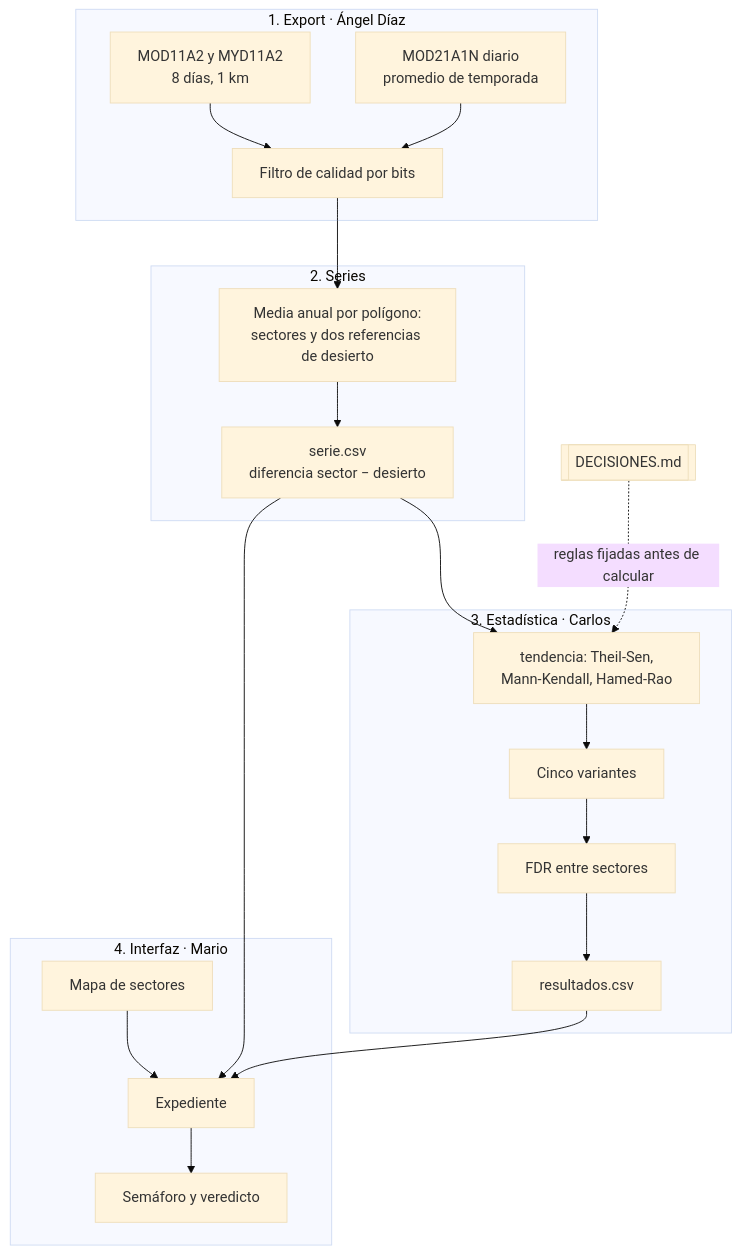
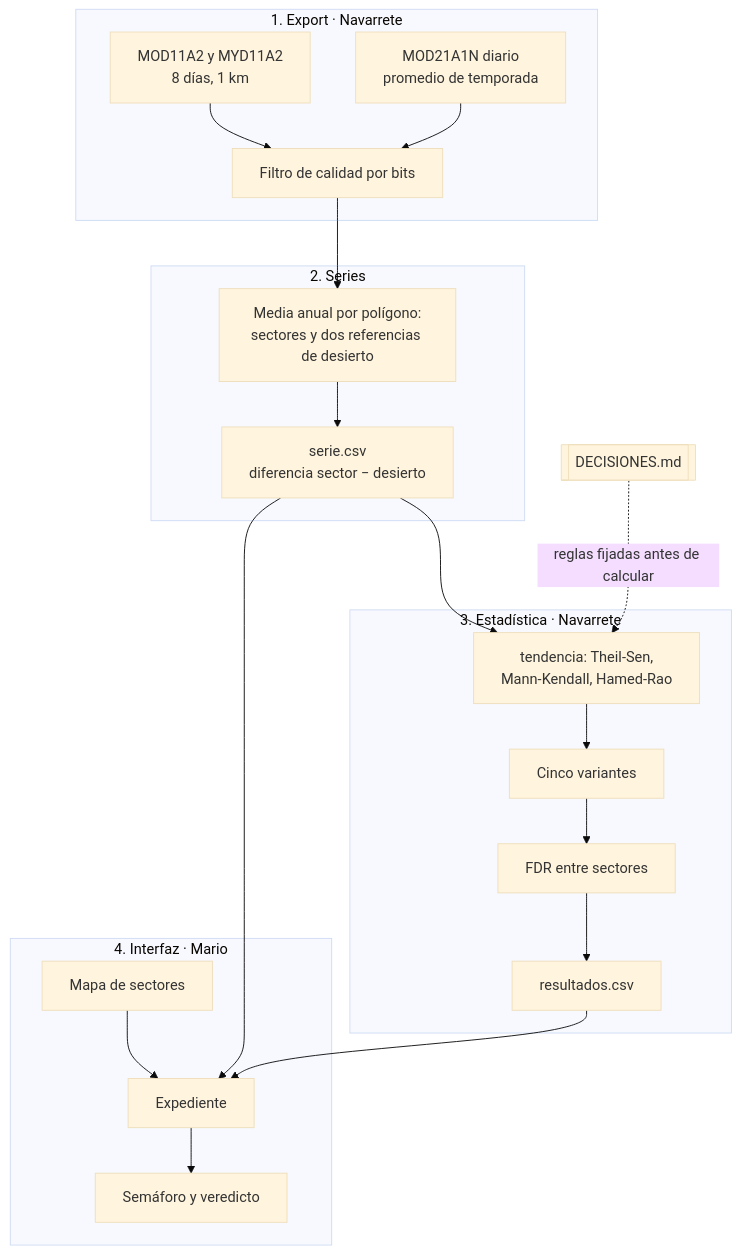
One commit to elproshaitron-stack/SunCity changed the fourth of 7 diagrams in docs/03-ARQUITECTURA.md. Above: the diagram before and after it, drawn with Mermaid (base theme). The commit also changed other lines of this file and 12 other files, not shown here.

````diff
--- a/docs/03-ARQUITECTURA.md
+++ b/docs/03-ARQUITECTURA.md
@@ -73,33 +73,33 @@
 ```mermaid
 flowchart TD
-    subgraph EX["1. Export · Ángel Díaz"]
+    subgraph EX["1. Export · Navarrete"]
         E1["MOD11A2 y MYD11A2<br/>8 días, 1 km"]
         E2["MOD21A1N diario<br/>promedio de temporada"]
         E3["Filtro de calidad por bits"]
         E1 --> E3
         E2 --> E3
     end
     subgraph SE["2. Series"]
         S1["Media anual por polígono:<br/>sectores y dos referencias de desierto"]
         S2["serie.csv<br/>diferencia sector − desierto"]
         S1 --> S2
     end
-    subgraph ES["3. Estadística · Carlos"]
+    subgraph ES["3. Estadística · Navarrete"]
         T1["tendencia: Theil-Sen,<br/>Mann-Kendall, Hamed-Rao"]
         T2["Cinco variantes"]
         T3["FDR entre sectores"]
         T4["resultados.csv"]
         T1 --> T2 --> T3 --> T4
     end
     subgraph IN["4. Interfaz · Mario"]
         I1["Mapa de sectores"]
         I2["Expediente"]
         I3["Semáforo y veredicto"]
         I1 --> I2 --> I3
     end
     E3 --> S1
     S2 --> T1
     S2 --> I2
     T4 --> I2
     D[["DECISIONES.md"]] -.->|"reglas fijadas antes de calcular"| T1
 ```
````
